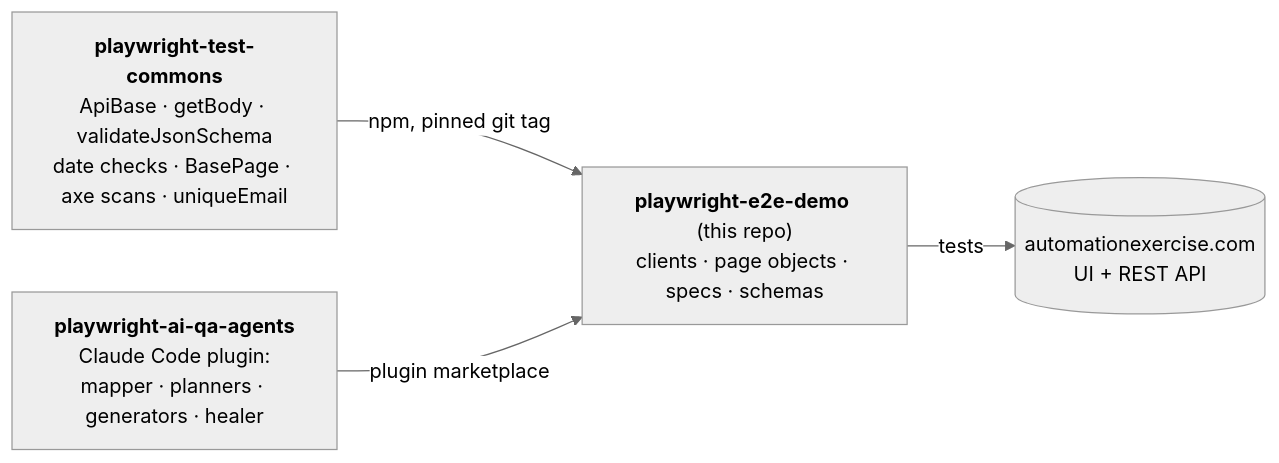
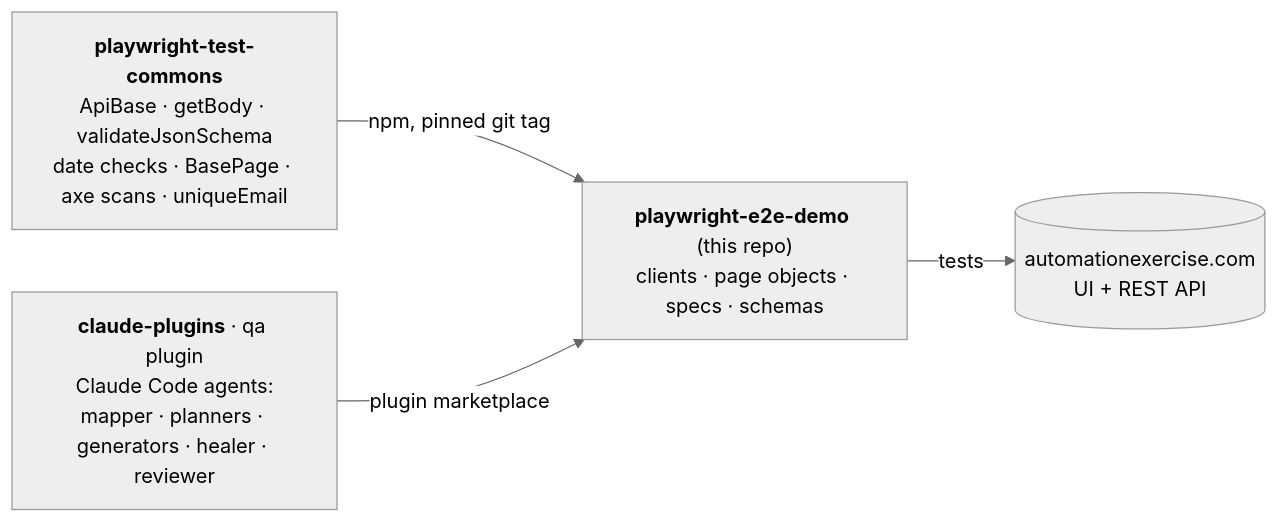
Before and after one commit to benweese/playwright-e2e-demo: the diagram in README.md, drawn with Mermaid (neutral theme). The commit also changed other lines of this file and 5 other files, not shown here.

````diff
--- a/README.md
+++ b/README.md
@@ -14,10 +14,10 @@
 ```mermaid
 flowchart LR
     commons["<b>playwright-test-commons</b><br/>ApiBase · getBody · validateJsonSchema<br/>date checks · BasePage · axe scans · uniqueEmail"]
-    agents["<b>playwright-ai-qa-agents</b><br/>Claude Code plugin:<br/>mapper · planners · generators · healer"]
+    agents["<b>claude-plugins</b> · qa plugin<br/>Claude Code agents:<br/>mapper · planners · generators · healer · reviewer"]
     demo["<b>playwright-e2e-demo</b> (this repo)<br/>clients · page objects · specs · schemas"]
     site[("automationexercise.com<br/>UI + REST API")]
     commons -- "npm, pinned git tag" --> demo
     agents -- "plugin marketplace" --> demo
     demo -- "tests" --> site
 ```
````
